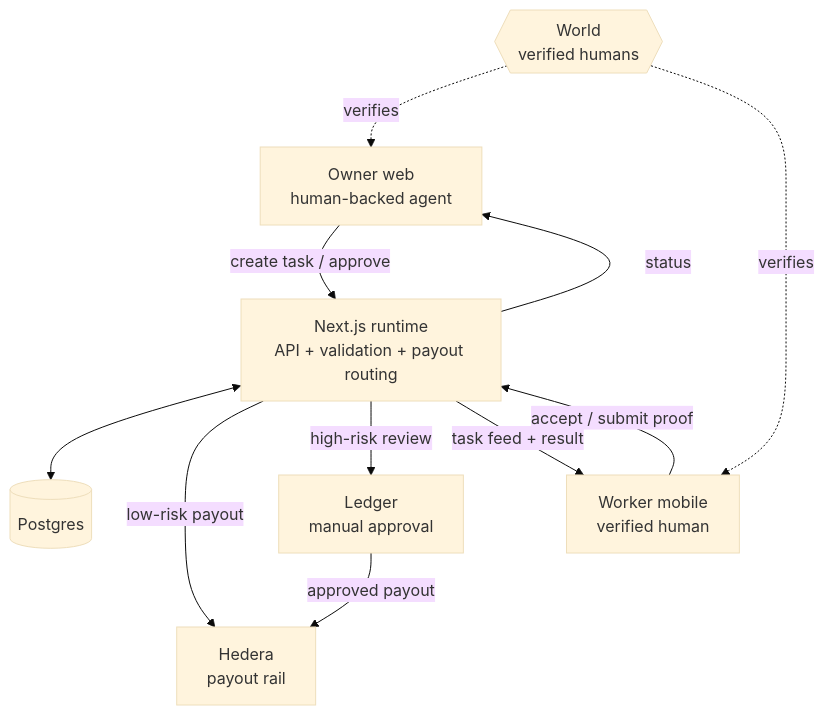
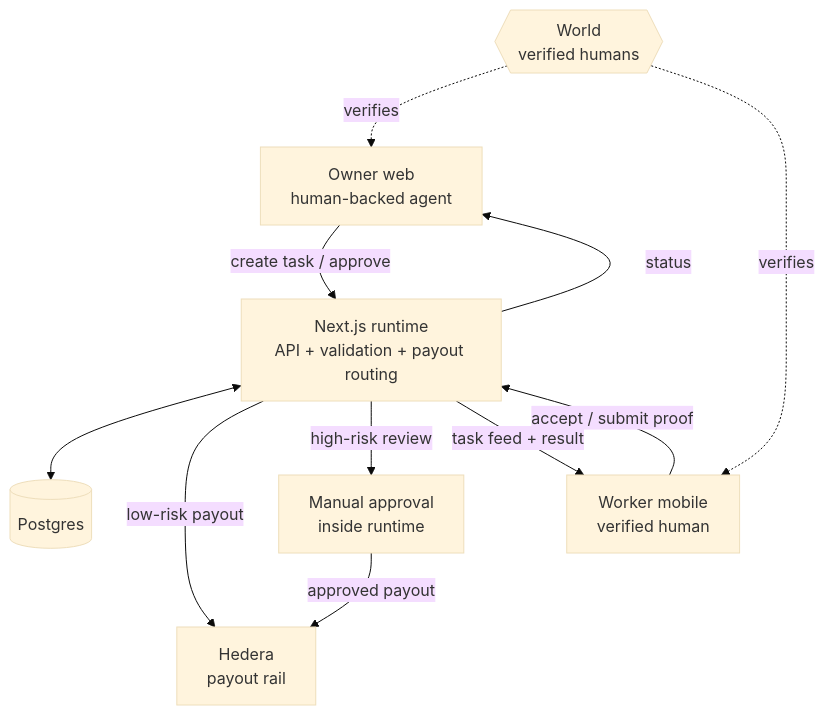
Before and after one commit to Basamasa/edgebind-oracle: the first of 2 diagrams in docs/architecture.md, drawn with Mermaid (base theme). The commit also changed other lines of this file and 2 other files, not shown here.

Commit message:
Refine public project docs

````diff
--- a/docs/architecture.md
+++ b/docs/architecture.md
@@ -7,22 +7,22 @@
 ```mermaid
 flowchart TD
     World{{World<br/>verified humans}}
     Owner[Owner web<br/>human-backed agent]
     Runtime[Next.js runtime<br/>API + validation + payout routing]
     DB[(Postgres)]
     Worker[Worker mobile<br/>verified human]
-    Ledger[Ledger<br/>manual approval]
+    Approval[Manual approval<br/>inside runtime]
     Hedera[Hedera<br/>payout rail]
 
     World -. verifies .-> Owner
     World -. verifies .-> Worker
 
     Owner -->|create task / approve| Runtime
     Worker -->|accept / submit proof| Runtime
     Runtime <--> DB
     Runtime -->|low-risk payout| Hedera
-    Runtime -->|high-risk review| Ledger
-    Ledger -->|approved payout| Hedera
+    Runtime -->|high-risk review| Approval
+    Approval -->|approved payout| Hedera
     Runtime -->|status| Owner
     Runtime -->|task feed + result| Worker
 ```
````
